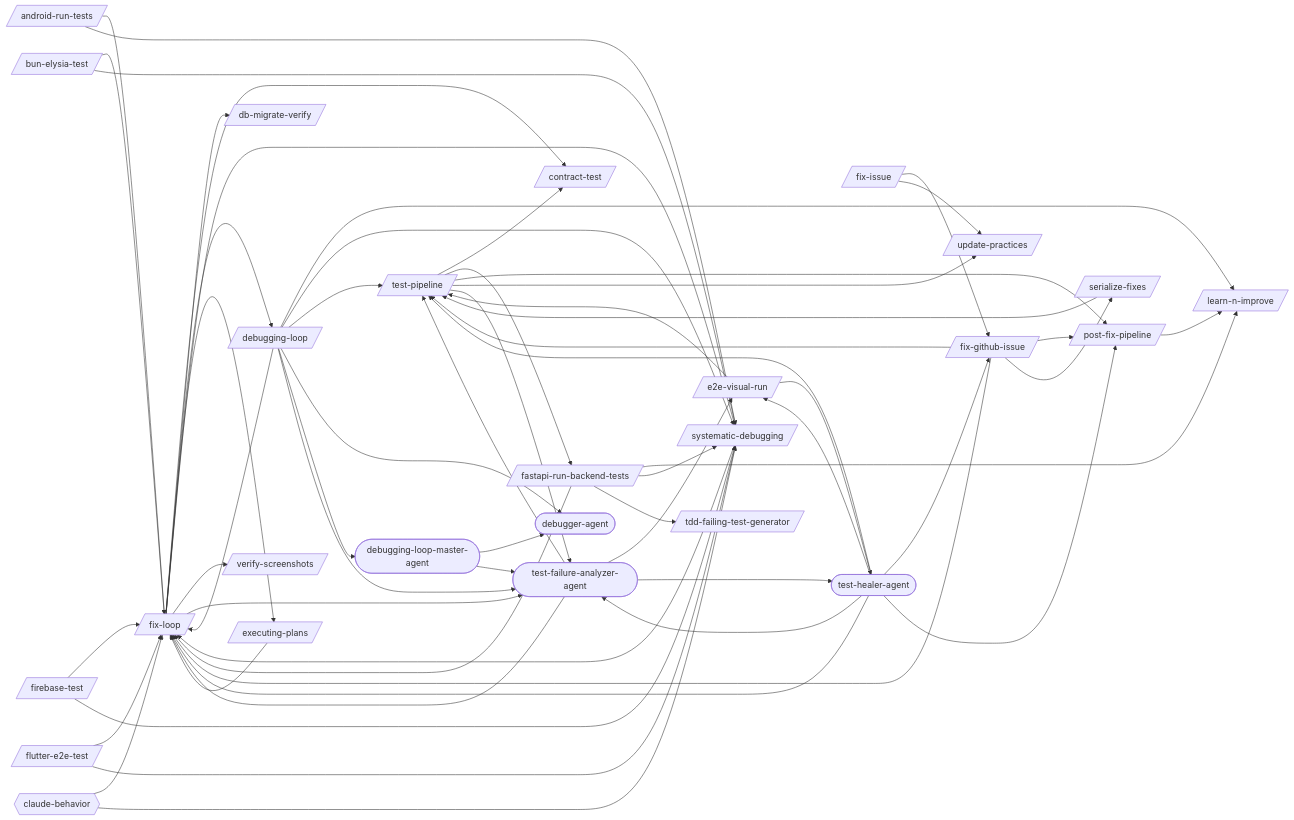
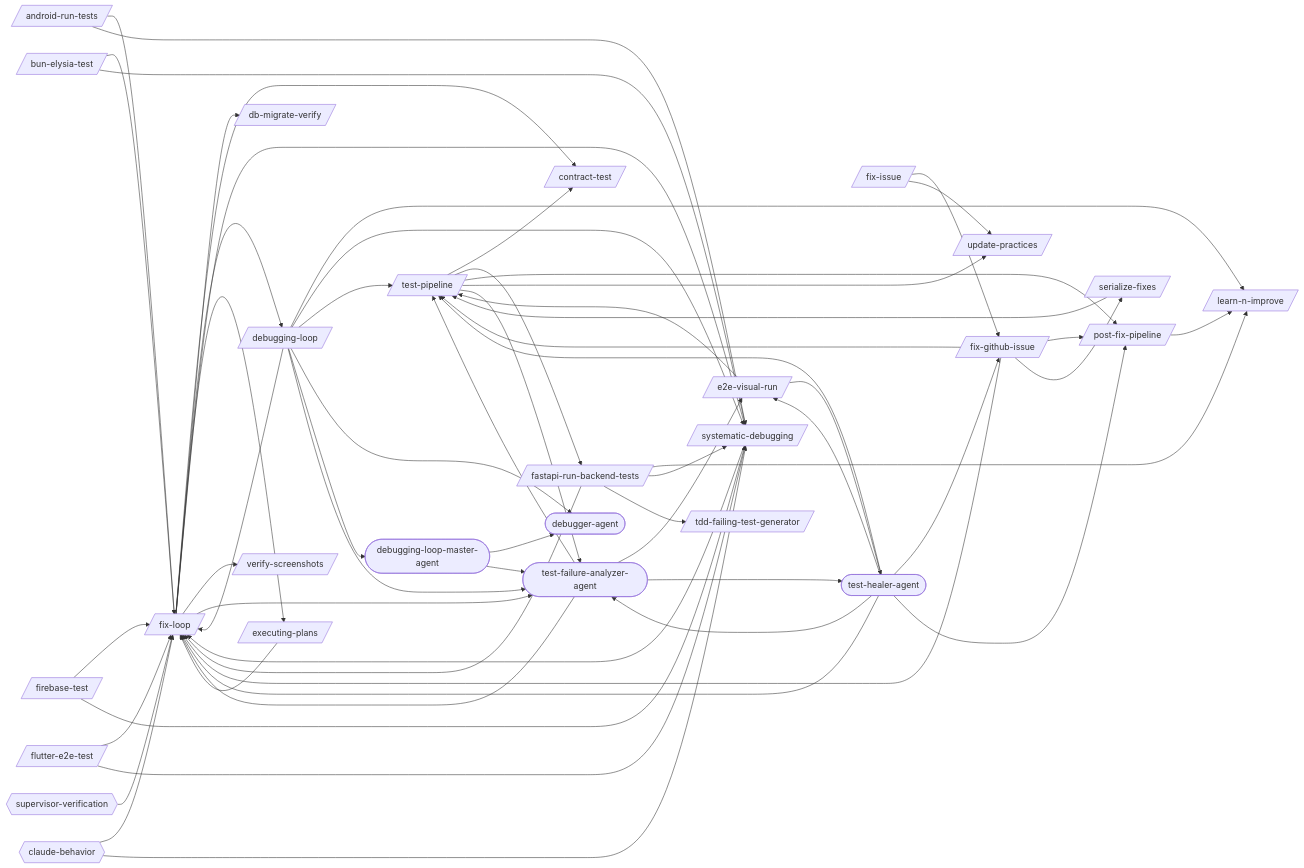
One commit to abhayla/claude-best-practices changed the first of 25 diagrams in docs/workflows/debugging-loop.md. Above: the diagram before and after it, drawn with Mermaid. The commit also changed other lines of this file and 13 other files, not shown here.

````diff
--- a/docs/workflows/debugging-loop.md
+++ b/docs/workflows/debugging-loop.md
@@ -34,6 +34,7 @@
     test_failure_analyzer_agent([test-failure-analyzer-agent])
     test_healer_agent([test-healer-agent])
     claude_behavior{{claude-behavior}}
+    supervisor_verification{{supervisor-verification}}
     android_run_tests --> fix_loop
     android_run_tests --> systematic_debugging
     bun_elysia_test --> fix_loop
@@ -91,4 +92,5 @@
     test_healer_agent --> test_failure_analyzer_agent
     claude_behavior --> fix_loop
     claude_behavior --> systematic_debugging
+    supervisor_verification --> fix_loop
 ```
````
